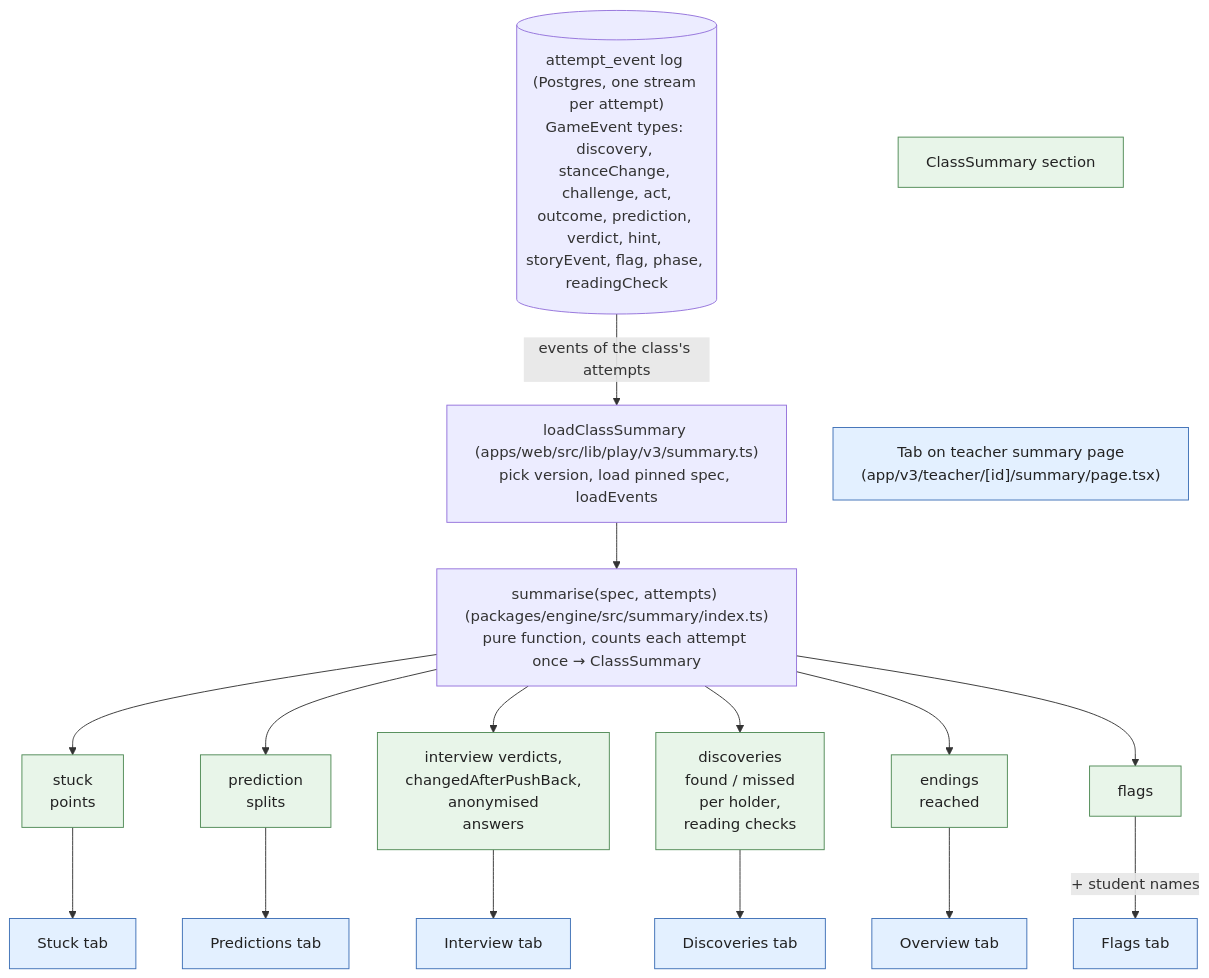
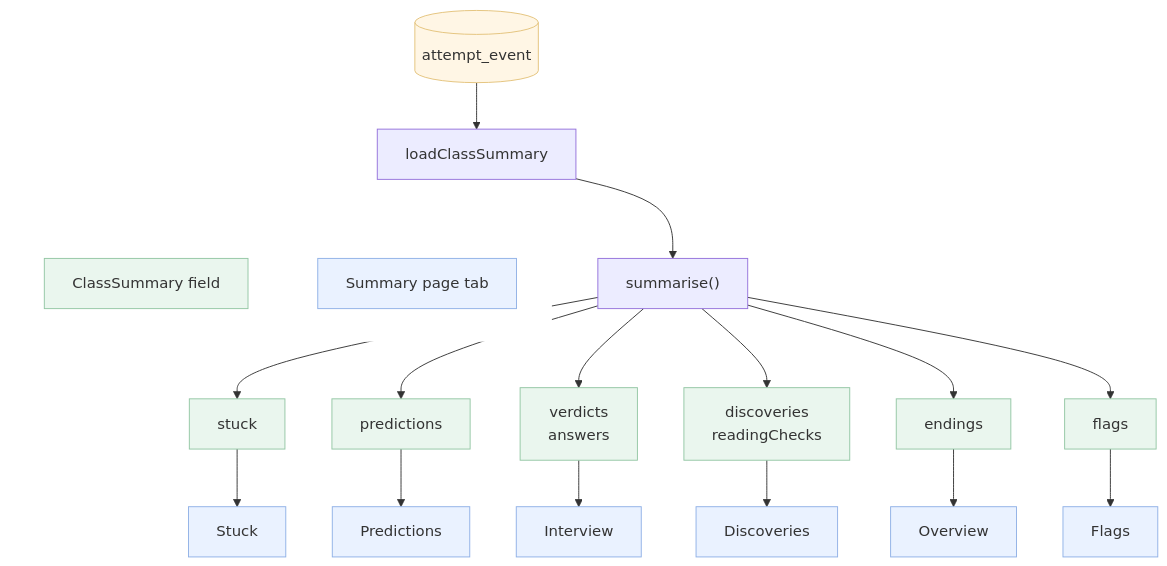
One commit to damiancxliew/CS3216_Assignment3 changed the diagram in docs/diagrams/d5-teacher-insight.mmd. Above: the diagram before and after it, drawn with Mermaid. The commit also changed 20 other files, not shown here.

Commit message:
docs: restyle architecture diagrams, split D2b, move detail into NOTES.md

```diff
--- a/docs/diagrams/d5-teacher-insight.mmd
+++ b/docs/diagrams/d5-teacher-insight.mmd
@@ -1,37 +1,24 @@
-%% D5: data flow from attempt events to the teacher's class summary
-flowchart TD
-  LOG[("attempt_event log (Postgres, one stream per attempt)<br/>GameEvent types: discovery, stanceChange, challenge, act,<br/>outcome, prediction, verdict, hint, storyEvent, flag, phase, readingCheck")]
+%% D5: attempt events to the teacher's class summary. Node notes: NOTES.md
+flowchart TB
+  LOG[("attempt_event")] --> LCS["loadClassSummary"] --> SUM["summarise()"]
 
-  LOG -->|"events of the class's attempts"| LCS["loadClassSummary (apps/web/src/lib/play/v3/summary.ts)<br/>pick version, load pinned spec, loadEvents"]
-  LCS --> SUM["summarise(spec, attempts) (packages/engine/src/summary/index.ts)<br/>pure function, counts each attempt once → ClassSummary"]
+  SUM --> S1["stuck"] --> T1["Stuck"]
+  SUM --> S2["predictions"] --> T2["Predictions"]
+  SUM --> S3["verdicts<br/>answers"] --> T3["Interview"]
+  SUM --> S4["discoveries<br/>readingChecks"] --> T4["Discoveries"]
+  SUM --> S5["endings"] --> T0["Overview"]
+  SUM --> S6["flags"] --> T5["Flags"]
 
-  S1["stuck<br/>points"]
-  S2["prediction<br/>splits"]
-  S3["interview verdicts,<br/>changedAfterPushBack,<br/>anonymised<br/>answers"]
-  S4["discoveries<br/>found / missed<br/>per holder,<br/>reading checks"]
-  S5["endings<br/>reached"]
-  S7["flags"]
-  SUM --> S1 & S2 & S3 & S4 & S5 & S7
+  subgraph KEY[" "]
+    direction LR
+    K1["ClassSummary field"]:::section ~~~ K2["Summary page tab"]:::tab
+  end
+  LCS ~~~ KEY
 
-  T1["Stuck tab"]
-  T2["Predictions tab"]
-  T3["Interview tab"]
-  T4["Discoveries tab"]
-  T0["Overview tab"]
-  T5["Flags tab"]
-
-  S1 --> T1
-  S2 --> T2
-  S3 --> T3
-  S4 --> T4
-  S5 --> T0
-  S7 -->|"+ student names"| T5
-
-  KEY1["ClassSummary section"]:::section
-  KEY2["Tab on teacher summary page<br/>(app/v3/teacher/[id]/summary/page.tsx)"]:::tab
-  KEY1 ~~~ KEY2
-
-  classDef section fill:#e8f5e9,stroke:#4f8a55,color:#222
-  classDef tab fill:#e3f0ff,stroke:#3d6fb6,color:#222
-  class S1,S2,S3,S4,S5,S7 section
+  classDef store fill:#fff6e5,stroke:#e3c27a
+  classDef section fill:#eaf6ee,stroke:#92c6a3
+  classDef tab fill:#eaf2ff,stroke:#8fb0e6
+  class LOG store
+  class S1,S2,S3,S4,S5,S6 section
   class T0,T1,T2,T3,T4,T5 tab
+  style KEY fill:#ffffff,stroke:#ffffff
```
